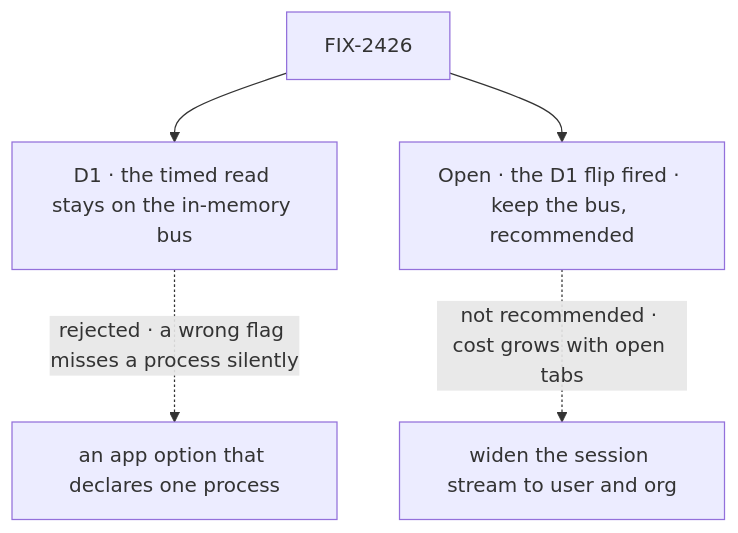
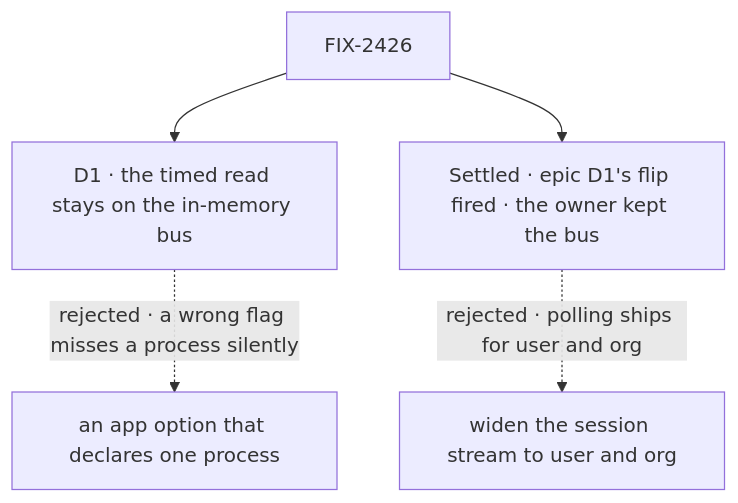
One commit to fixpoint-labs/flow-state-dev changed the diagram in specs/issues/FIX-2426/DECISIONS.md. Above: the diagram before and after it, drawn with Mermaid. The commit also changed other lines of this file and 11 other files, not shown here.

First line of the commit message:
spec(epic): keep the bus; D1/D6 flip in queries/s; FIX-2426/2428 review fixes (FIX-2367) (#4477)

````diff
--- a/specs/issues/FIX-2426/DECISIONS.md
+++ b/specs/issues/FIX-2426/DECISIONS.md
@@ -11,7 +11,7 @@
 ```mermaid
 flowchart TD
   I["FIX-2426"] --> D1["D1 · the timed read stays on the in-memory bus"]
   D1 -.->|"rejected · a wrong flag misses a process silently"| X1["an app option that declares one process"]
-  I --> O["Open · the D1 flip fired · keep the bus, recommended"]
-  O -.->|"not recommended · cost grows with open tabs"| X2["widen the session stream to user and org"]
+  I --> S["Settled · epic D1's flip fired · the owner kept the bus"]
+  S -.->|"rejected · polling ships for user and org"| X2["widen the session stream to user and org"]
 ```
````
